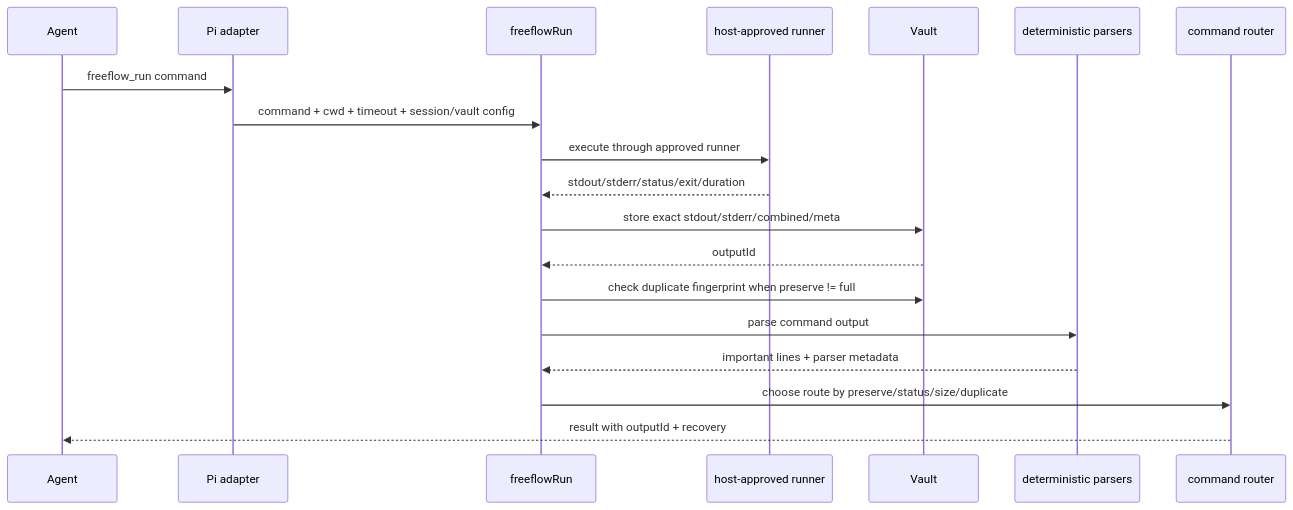
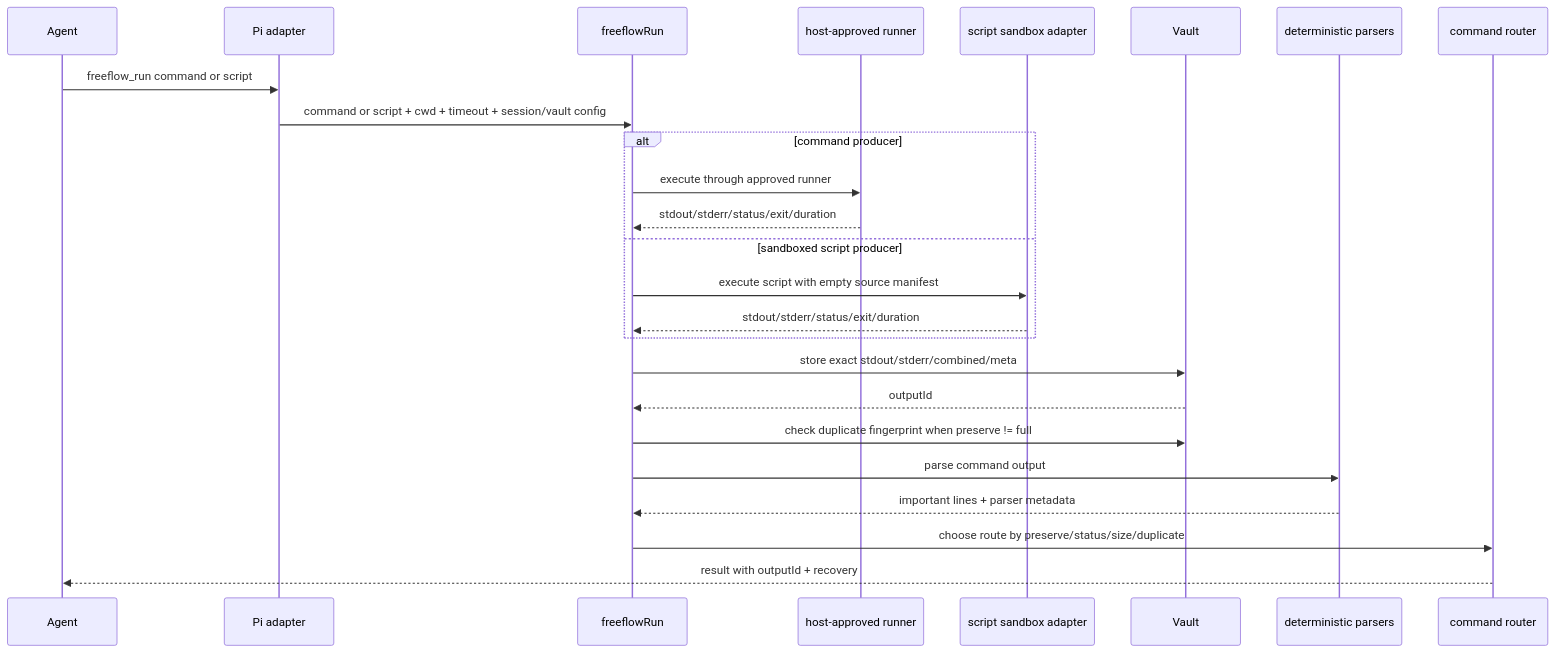
The eighth of 10 diagrams in docs/designs/freeflow-output-router-architecture.md (hassan-mohiddin/freeflow), drawn with Mermaid before and after one commit. The commit also changed other lines of this file and 32 other files, not shown here.

````diff
--- a/docs/designs/freeflow-output-router-architecture.md
+++ b/docs/designs/freeflow-output-router-architecture.md
@@ -751,22 +751,28 @@
 ```mermaid
 sequenceDiagram
   participant Agent
   participant Pi as Pi adapter
   participant Run as freeflowRun
   participant Host as host-approved runner
+  participant Sandbox as script sandbox adapter
   participant Vault
   participant Parser as deterministic parsers
   participant Router as command router
 
-  Agent->>Pi: freeflow_run command
-  Pi->>Run: command + cwd + timeout + session/vault config
-  Run->>Host: execute through approved runner
-  Host-->>Run: stdout/stderr/status/exit/duration
+  Agent->>Pi: freeflow_run command or script
+  Pi->>Run: command or script + cwd + timeout + session/vault config
+  alt command producer
+    Run->>Host: execute through approved runner
+    Host-->>Run: stdout/stderr/status/exit/duration
+  else sandboxed script producer
+    Run->>Sandbox: execute script with empty source manifest
+    Sandbox-->>Run: stdout/stderr/status/exit/duration
+  end
   Run->>Vault: store exact stdout/stderr/combined/meta
   Vault-->>Run: outputId
   Run->>Vault: check duplicate fingerprint when preserve != full
   Run->>Parser: parse command output
   Parser-->>Run: important lines + parser metadata
   Run->>Router: choose route by preserve/status/size/duplicate
   Router-->>Agent: result with outputId + recovery
 ```
````
